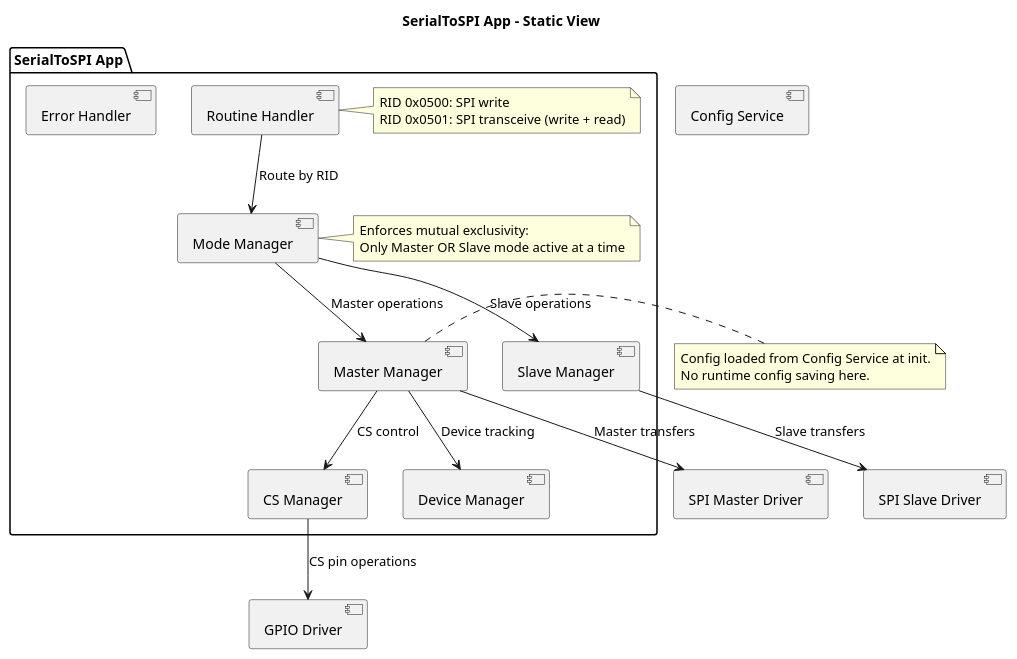
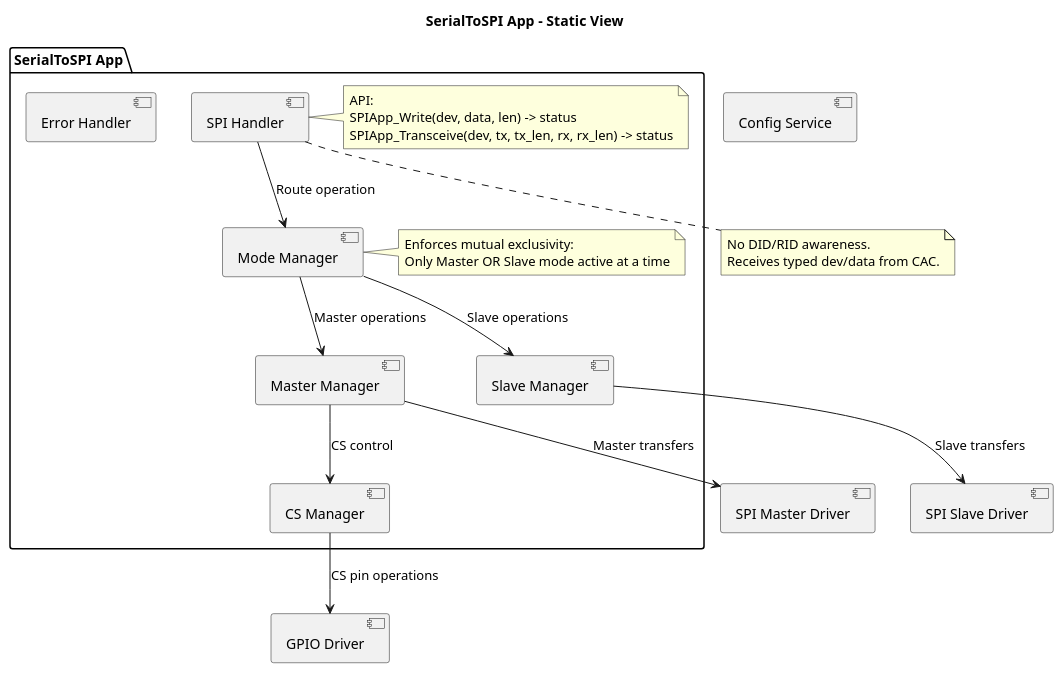
Before and after one commit to LinhTrucVo/Bico_Protocol_Bridge: the diagram in 2_architecture/fucntionView/layer3Application/serialToSPIApp/staticView.puml, drawn with PlantUML. The commit also changed 19 other files, not shown here.

First line of the commit message:
Central App Controller now owns all DID/RID mapping and converts UDS requests into typed API calls for downstream modules. ConfigService, SerialToXxxApp modules no longer have any UDS/DID/RID awareness — they expose plain typed APIs (e.g. ReadAdc(ch), WriteGpio(pin, state), SetAdcSampleRate(rate)).

```diff
--- a/2_architecture/fucntionView/layer3Application/serialToSPIApp/staticView.puml
+++ b/2_architecture/fucntionView/layer3Application/serialToSPIApp/staticView.puml
@@ -1,42 +1,41 @@
 @startuml
 
 title SerialToSPI App - Static View
 
 package "SerialToSPI App" {
-    [Routine Handler] as routineHandler
-    note right of routineHandler
-        RID 0x0500: SPI write
-        RID 0x0501: SPI transceive (write + read)
+    [SPI Handler] as spiHandler
+    note right of spiHandler
+        API:
+        SPIApp_Write(dev, data, len) -> status
+        SPIApp_Transceive(dev, tx, tx_len, rx, rx_len) -> status
     end note
     [Mode Manager] as modeMgr
     note right of modeMgr
         Enforces mutual exclusivity:
         Only Master OR Slave mode active at a time
     end note
     [Master Manager] as masterMgr
     [Slave Manager] as slaveMgr
     [CS Manager] as csMgr
-    [Device Manager] as deviceMgr
     [Error Handler] as errorHandler
 }
 
 [SPI Master Driver] as spiMasterDriver
 [SPI Slave Driver] as spiSlaveDriver
 [GPIO Driver] as gpioDriver
 [Config Service] as configService
 
-routineHandler --> modeMgr : Route by RID
+spiHandler --> modeMgr : Route operation
 modeMgr --> masterMgr : Master operations
 modeMgr --> slaveMgr : Slave operations
 masterMgr --> spiMasterDriver : Master transfers
 slaveMgr --> spiSlaveDriver : Slave transfers
 masterMgr --> csMgr : CS control
 csMgr --> gpioDriver : CS pin operations
-masterMgr --> deviceMgr : Device tracking
 
-note right of masterMgr
-    Config loaded from Config Service at init.
-    No runtime config saving here.
+note bottom of spiHandler
+    No DID/RID awareness.
+    Receives typed dev/data from CAC.
 end note
 
 @enduml
```
